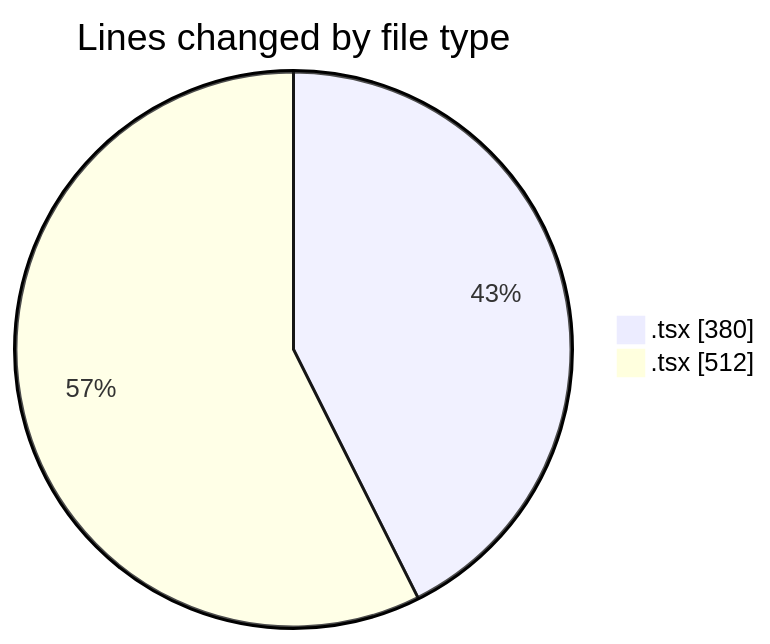
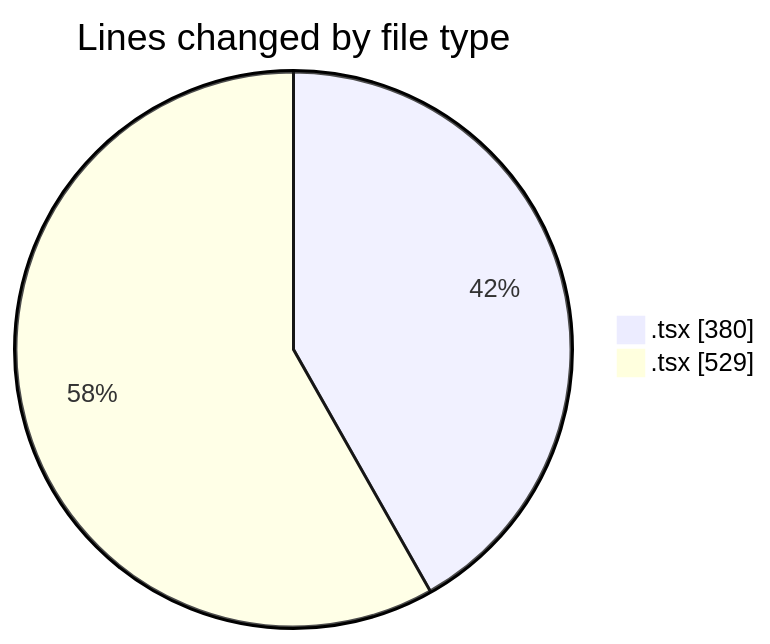
Before and after one commit to robertbonfada/code-tracking: the first of 2 diagrams in 2025-02-06/mbc-web/README.md, drawn with Mermaid. The commit also changed other lines of this file and 1 other file, not shown here.

````diff
--- a/2025-02-06/mbc-web/README.md
+++ b/2025-02-06/mbc-web/README.md
@@ -24,6 +24,6 @@
 ```mermaid
 pie showData
 title Lines changed by file type
 ".tsx " : 380
-".tsx" : 512
+".tsx" : 529
 ```
````
